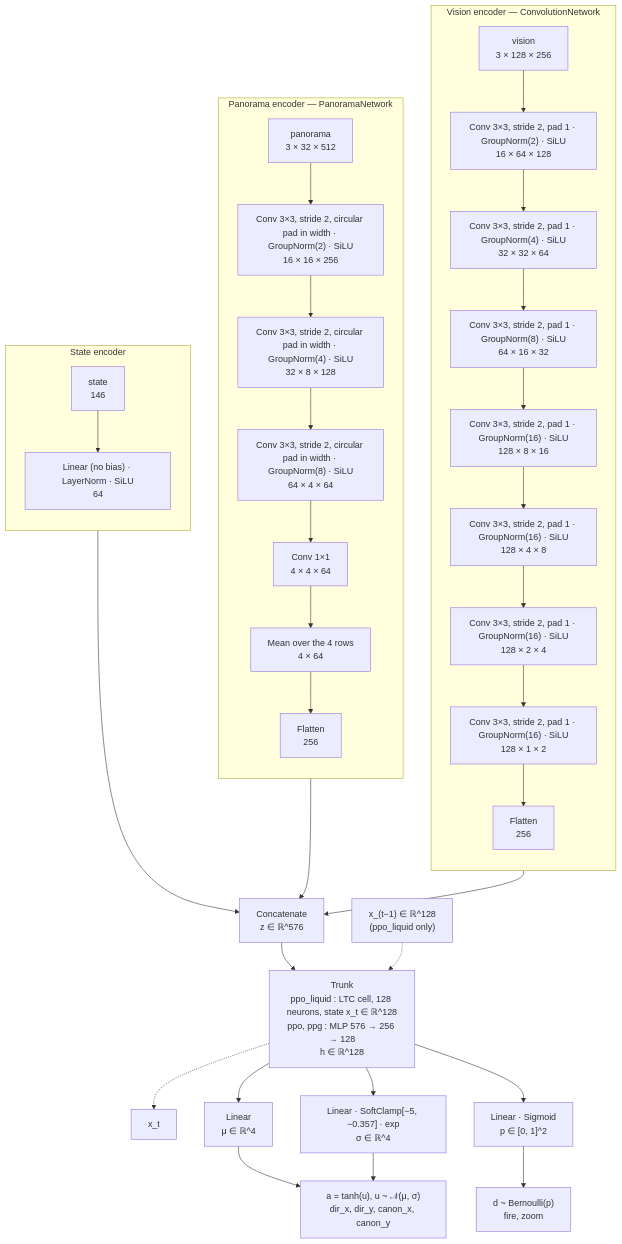
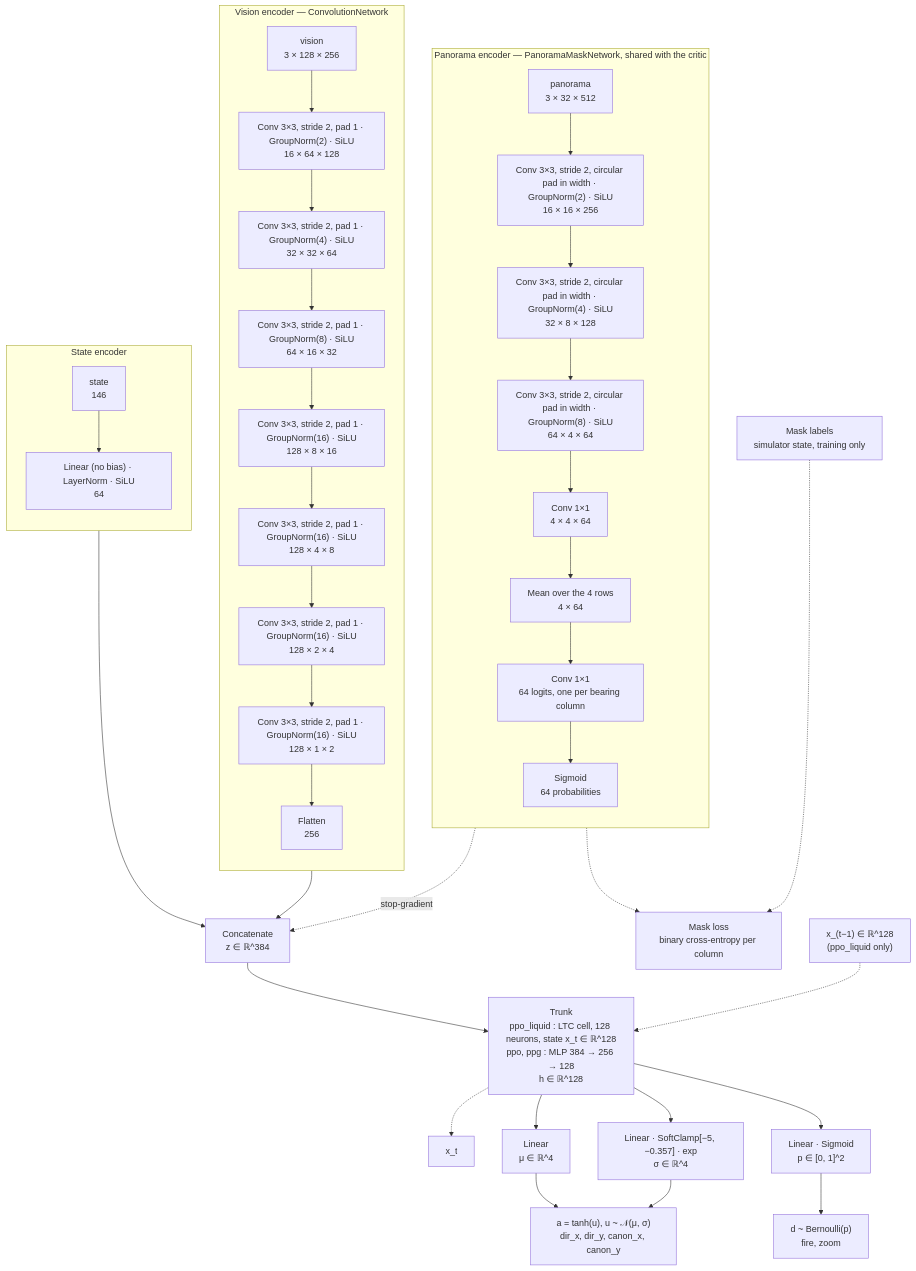
Before and after one commit to Ipsedo/ArenAI: the first of 4 diagrams in docs/neural_architecture.md, drawn with Mermaid. The commit also changed other lines of this file and 62 other files, not shown here.

Commit message:
feat(agent): train a shared panorama encoder by an enemy-visibility mask

````diff
--- a/docs/neural_architecture.md
+++ b/docs/neural_architecture.md
@@ -32,51 +35,55 @@
 ```mermaid
 flowchart TB
     subgraph VE["Vision encoder — ConvolutionNetwork"]
         direction TB
         V0["vision<br/>3 × 128 × 256"]
         V1["Conv 3×3, stride 2, pad 1 · GroupNorm(2) · SiLU<br/>16 × 64 × 128"]
         V2["Conv 3×3, stride 2, pad 1 · GroupNorm(4) · SiLU<br/>32 × 32 × 64"]
         V3["Conv 3×3, stride 2, pad 1 · GroupNorm(8) · SiLU<br/>64 × 16 × 32"]
         V4["Conv 3×3, stride 2, pad 1 · GroupNorm(16) · SiLU<br/>128 × 8 × 16"]
         V5["Conv 3×3, stride 2, pad 1 · GroupNorm(16) · SiLU<br/>128 × 4 × 8"]
         V6["Conv 3×3, stride 2, pad 1 · GroupNorm(16) · SiLU<br/>128 × 2 × 4"]
         V7["Conv 3×3, stride 2, pad 1 · GroupNorm(16) · SiLU<br/>128 × 1 × 2"]
         VF["Flatten<br/>256"]
         V0 --> V1 --> V2 --> V3 --> V4 --> V5 --> V6 --> V7 --> VF
     end
 
-    subgraph PE["Panorama encoder — PanoramaNetwork"]
+    subgraph PE["Panorama encoder — PanoramaMaskNetwork, shared with the critic"]
         direction TB
         P0["panorama<br/>3 × 32 × 512"]
         P1["Conv 3×3, stride 2, circular pad in width · GroupNorm(2) · SiLU<br/>16 × 16 × 256"]
         P2["Conv 3×3, stride 2, circular pad in width · GroupNorm(4) · SiLU<br/>32 × 8 × 128"]
         P3["Conv 3×3, stride 2, circular pad in width · GroupNorm(8) · SiLU<br/>64 × 4 × 64"]
         P4["Conv 1×1<br/>4 × 4 × 64"]
         P5["Mean over the 4 rows<br/>4 × 64"]
-        PF["Flatten<br/>256"]
-        P0 --> P1 --> P2 --> P3 --> P4 --> P5 --> PF
+        P6["Conv 1×1<br/>64 logits, one per bearing column"]
+        PF["Sigmoid<br/>64 probabilities"]
+        P0 --> P1 --> P2 --> P3 --> P4 --> P5 --> P6 --> PF
     end
 
     subgraph SE["State encoder"]
         direction TB
         S0["state<br/>146"]
         S1["Linear (no bias) · LayerNorm · SiLU<br/>64"]
         S0 --> S1
     end
 
-    VF --> CAT["Concatenate<br/>z ∈ ℝ^576"]
-    PF --> CAT
+    VF --> CAT["Concatenate<br/>z ∈ ℝ^384"]
+    PF -. "stop-gradient" .-> CAT
     S1 --> CAT
 
-    CAT --> TRUNK["Trunk<br/>ppo_liquid : LTC cell, 128 neurons, state x_t ∈ ℝ^128<br/>ppo, ppg : MLP 576 → 256 → 128<br/>h ∈ ℝ^128"]
+    Y["Mask labels<br/>simulator state, training only"] -.-> ML["Mask loss<br/>binary cross-entropy per column"]
+    P6 -.-> ML
+
+    CAT --> TRUNK["Trunk<br/>ppo_liquid : LTC cell, 128 neurons, state x_t ∈ ℝ^128<br/>ppo, ppg : MLP 384 → 256 → 128<br/>h ∈ ℝ^128"]
     X["x_(t−1) ∈ ℝ^128<br/>(ppo_liquid only)"] -.-> TRUNK
     TRUNK -.-> XN["x_t"]
 
     TRUNK --> MU["Linear<br/>μ ∈ ℝ^4"]
     TRUNK --> SG["Linear · SoftClamp[−5, −0.357] · exp<br/>σ ∈ ℝ^4"]
     TRUNK --> DP["Linear · Sigmoid<br/>p ∈ [0, 1]^2"]
 
     MU --> A["a = tanh(u), u ~ 𝒩(μ, σ)<br/>dir_x, dir_y, canon_x, canon_y"]
     SG --> A
     DP --> D["d ~ Bernoulli(p)<br/>fire, zoom"]
 ```
````
